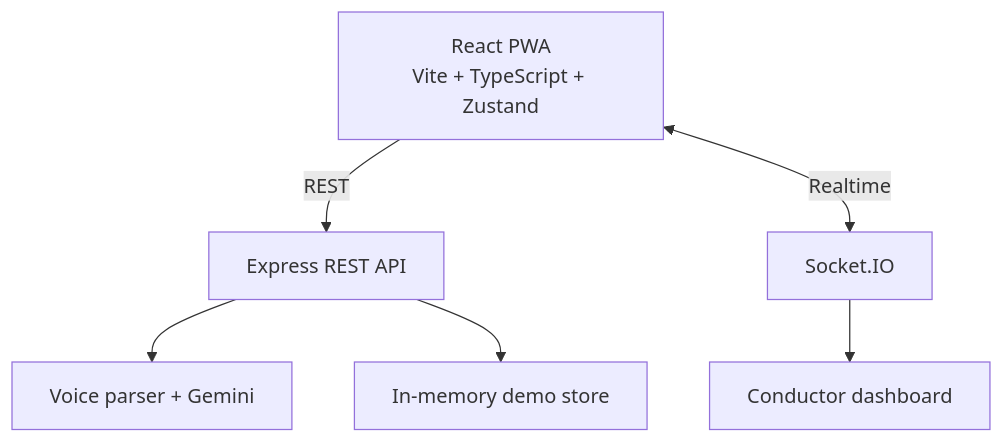
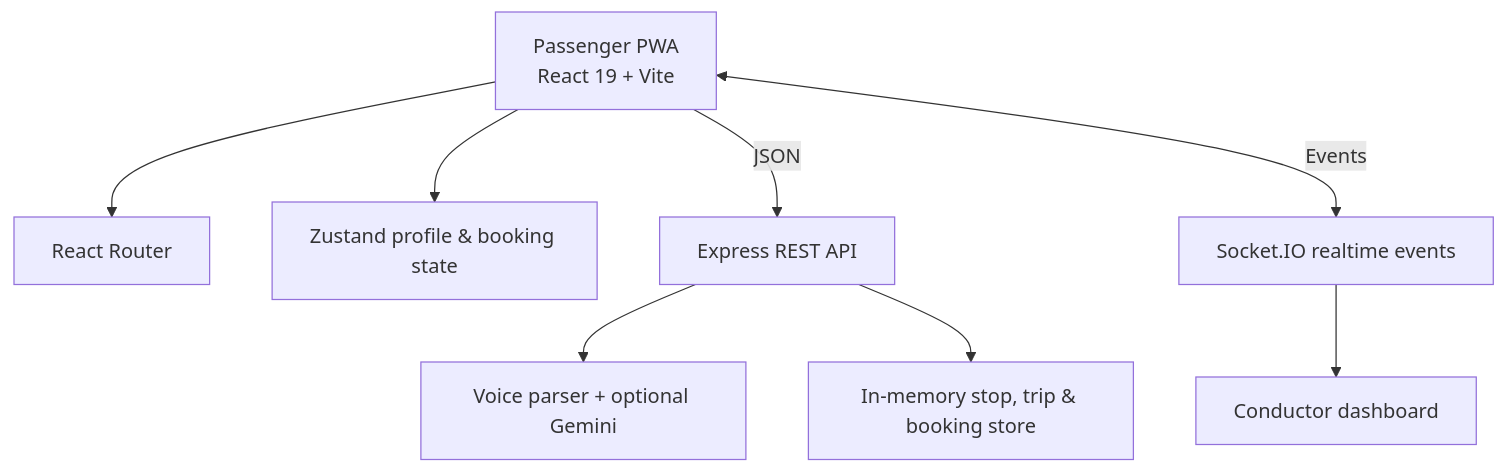
The second of 2 diagrams in README.md (Bhavya-23-11-2006-shah/hey_buss), drawn with Mermaid before and after one commit. The commit also changed other lines of this file, not shown here.

````diff
--- a/README.md
+++ b/README.md
@@ -87,15 +145,19 @@
 ```mermaid
 flowchart TB
-    PWA[React PWA\nVite + TypeScript + Zustand]
+    PWA[Passenger PWA<br/>React 19 + Vite]
+    Router[React Router]
+    State[Zustand profile & booking state]
     API[Express REST API]
-    Voice[Voice parser + Gemini]
-    Socket[Socket.IO]
-    Store[In-memory demo store]
+    Socket[Socket.IO realtime events]
+    Voice[Voice parser + optional Gemini]
+    Store[In-memory stop, trip & booking store]
     Conductor[Conductor dashboard]
 
-    PWA -->|REST| API
-    PWA <-->|Realtime| Socket
+    PWA --> Router
+    PWA --> State
+    PWA -->|JSON| API
+    PWA <-->|Events| Socket
     API --> Voice
     API --> Store
     Socket --> Conductor
 ```
````
